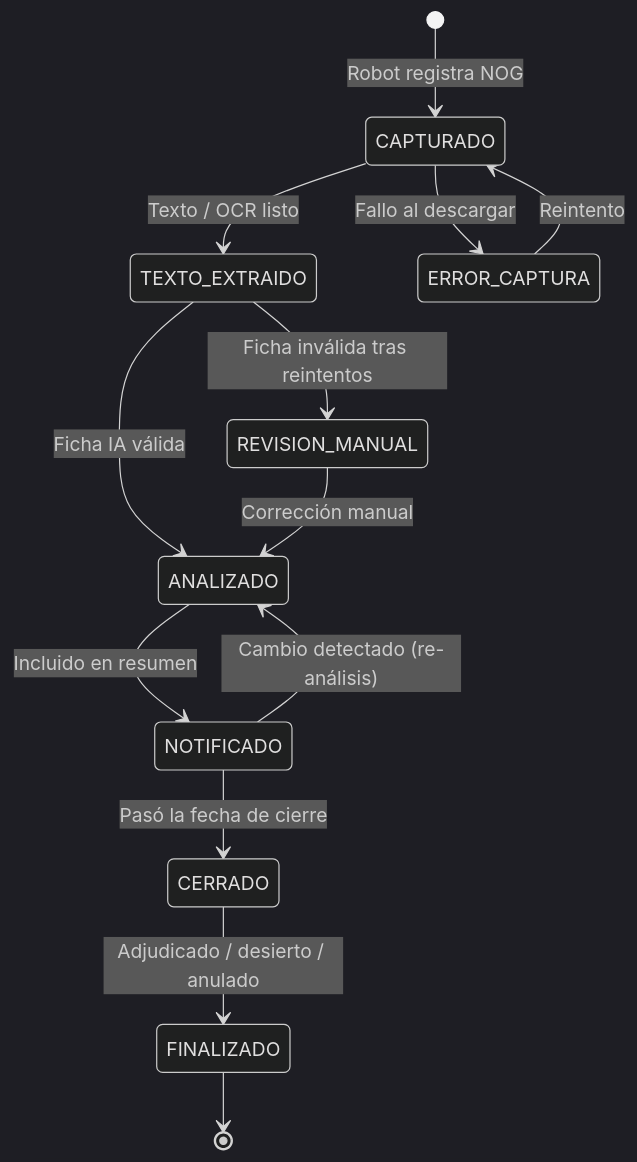
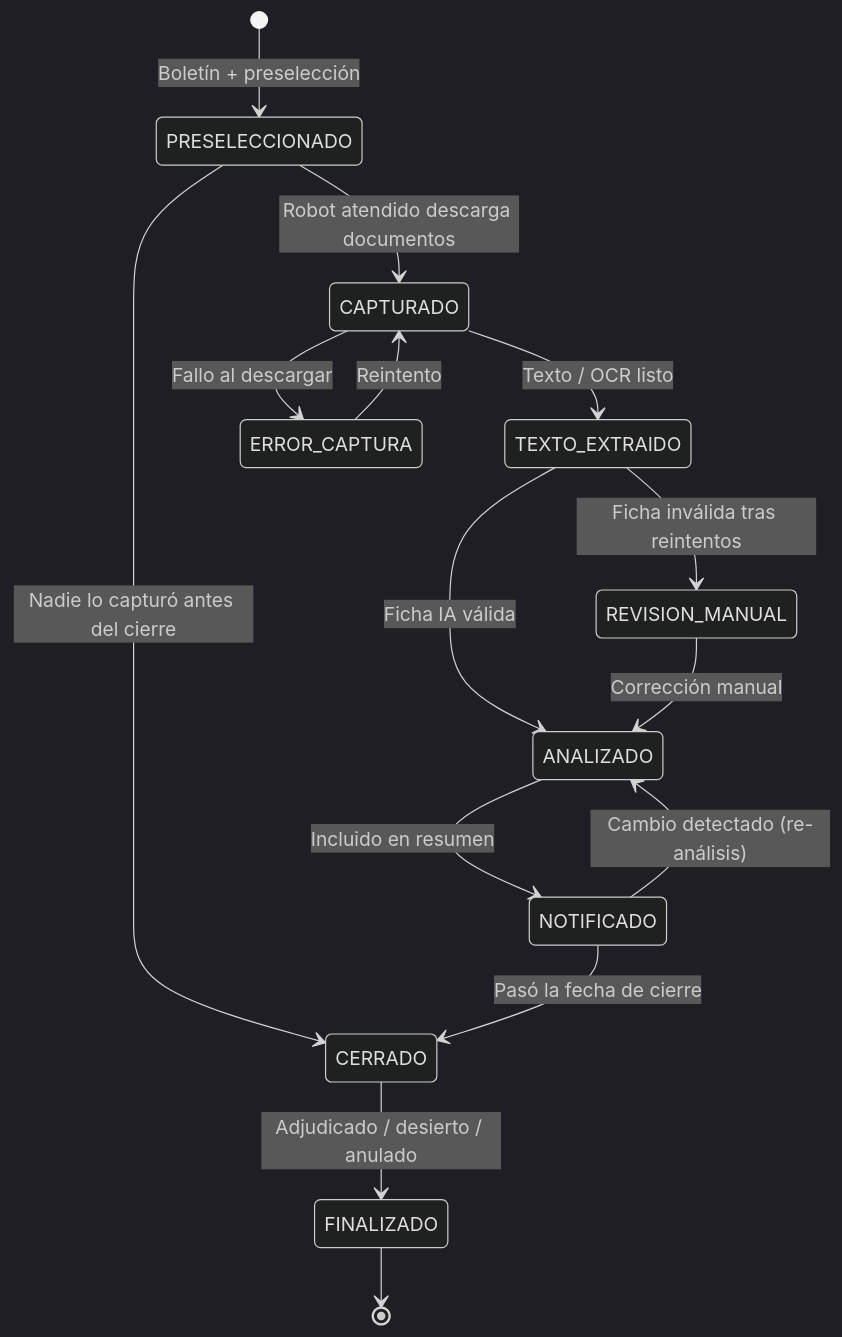
The fifth of 8 diagrams in docs/06-diagramas.md (DenisArango/GuateComprasRPA), drawn with Mermaid (dark theme) before and after one commit. The commit also changed other lines of this file and 776 other files, not shown here.

````diff
--- a/docs/06-diagramas.md
+++ b/docs/06-diagramas.md
@@ -158,15 +169,17 @@
 ```mermaid
 stateDiagram-v2
-    [*] --> CAPTURADO: Robot registra NOG
+    [*] --> PRESELECCIONADO: Boletín + preselección
+    PRESELECCIONADO --> CAPTURADO: Robot atendido descarga documentos
+    PRESELECCIONADO --> CERRADO: Nadie lo capturó antes del cierre
     CAPTURADO --> TEXTO_EXTRAIDO: Texto / OCR listo
     CAPTURADO --> ERROR_CAPTURA: Fallo al descargar
     ERROR_CAPTURA --> CAPTURADO: Reintento
     TEXTO_EXTRAIDO --> ANALIZADO: Ficha IA válida
     TEXTO_EXTRAIDO --> REVISION_MANUAL: Ficha inválida tras reintentos
     REVISION_MANUAL --> ANALIZADO: Corrección manual
     ANALIZADO --> NOTIFICADO: Incluido en resumen
     NOTIFICADO --> ANALIZADO: Cambio detectado (re-análisis)
     NOTIFICADO --> CERRADO: Pasó la fecha de cierre
     CERRADO --> FINALIZADO: Adjudicado / desierto / anulado
     FINALIZADO --> [*]
 ```
````
